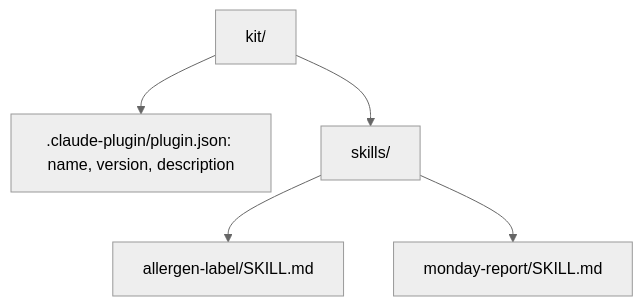
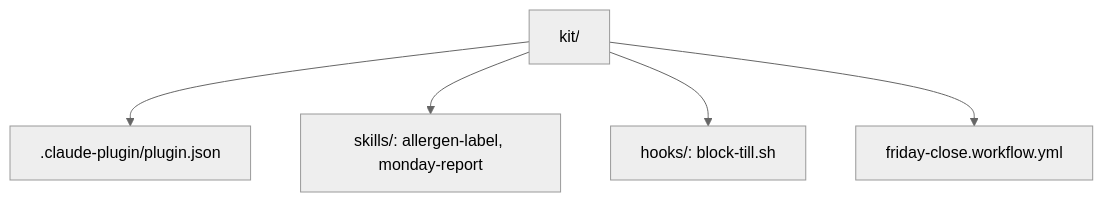
The diagram in parts/06-share-the-close/02-pack-the-bakery-kit/problem/README.md (learnwithparam/claude-code-for-everyone), drawn with Mermaid (neutral theme) before and after one commit. The commit also changed other lines of this file and 25 other files, not shown here.

````diff
--- a/parts/06-share-the-close/02-pack-the-bakery-kit/problem/README.md
+++ b/parts/06-share-the-close/02-pack-the-bakery-kit/problem/README.md
@@ -9,7 +7,7 @@
 ```mermaid
 flowchart TB
-  K[kit/] --> M[.claude-plugin/plugin.json: name, version, description]
-  K --> S[skills/]
-  S --> A[allergen-label/SKILL.md]
-  S --> R[monday-report/SKILL.md]
+  K[kit/] --> M[.claude-plugin/plugin.json]
+  K --> S[skills/: allergen-label, monday-report]
+  K --> H[hooks/: block-till.sh]
+  K --> W[friday-close.workflow.yml]
 ```
````
